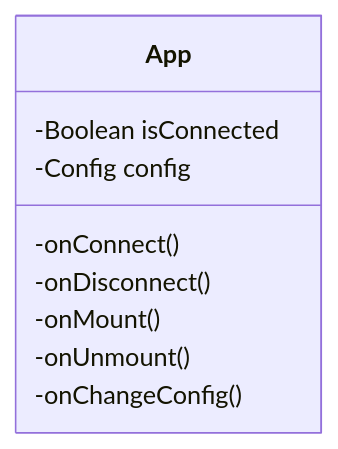
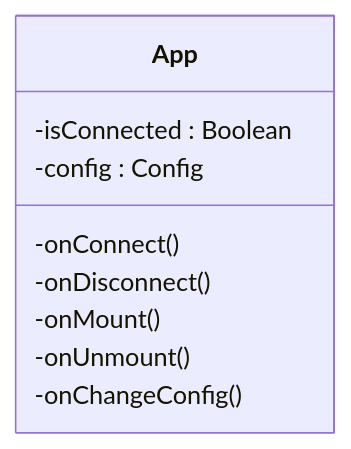
One commit to WallCaster/WallCaster changed the third of 3 diagrams in doc/architecture-report.md. Above: the diagram before and after it, drawn with Mermaid. The commit also changed other lines of this file, not shown here.

````diff
--- a/doc/architecture-report.md
+++ b/doc/architecture-report.md
@@ -218,12 +218,12 @@
 ```mermaid
 classDiagram
 class App {
-  -Boolean isConnected
-  -Config config
+  -isConnected : Boolean
+  -config : Config
   -onConnect()
   -onDisconnect()
   -onMount()
   -onUnmount()
   -onChangeConfig()
 }
 ```
````
